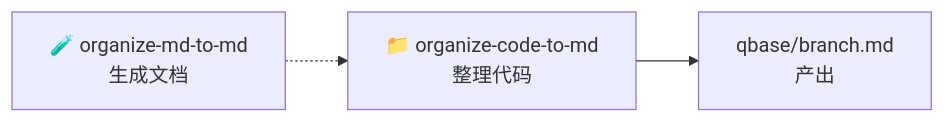
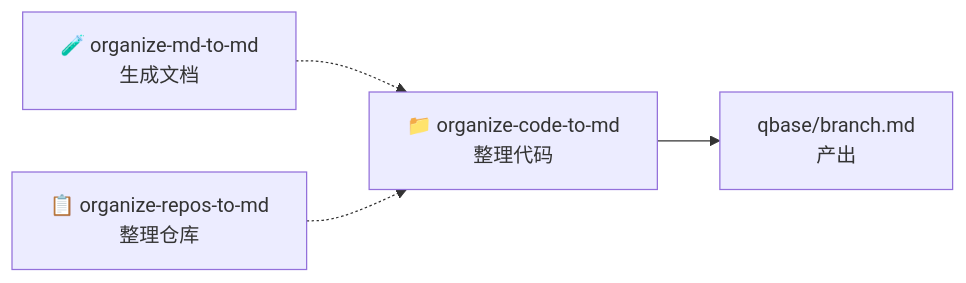
Before and after one commit to dvlproad/AI-qskills: the second of 3 diagrams in README.md, drawn with Mermaid. The commit also changed other lines of this file and 1 other file, not shown here.

Commit message:
【Feature】新增 organize-repos-to-md 整理 GitHub 和 Gitee 仓库列表为分类文档，保存为 Markdown 文件

````diff
--- a/README.md
+++ b/README.md
@@ -32,5 +32,6 @@
 ```mermaid
 graph LR
     A[📁 organize-code-to-md<br/>整理代码] --> B[qbase/branch.md<br/>产出]
     C[🧪 organize-md-to-md<br/>生成文档] -.-> A
+    D[📋 organize-repos-to-md<br/>整理仓库] -.-> A
 ```
````
